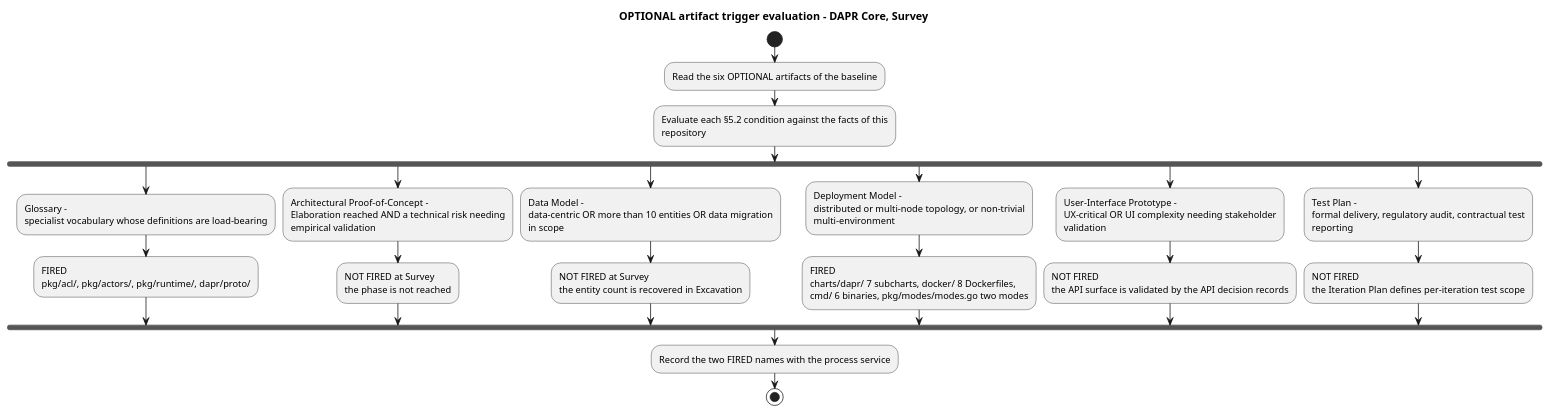
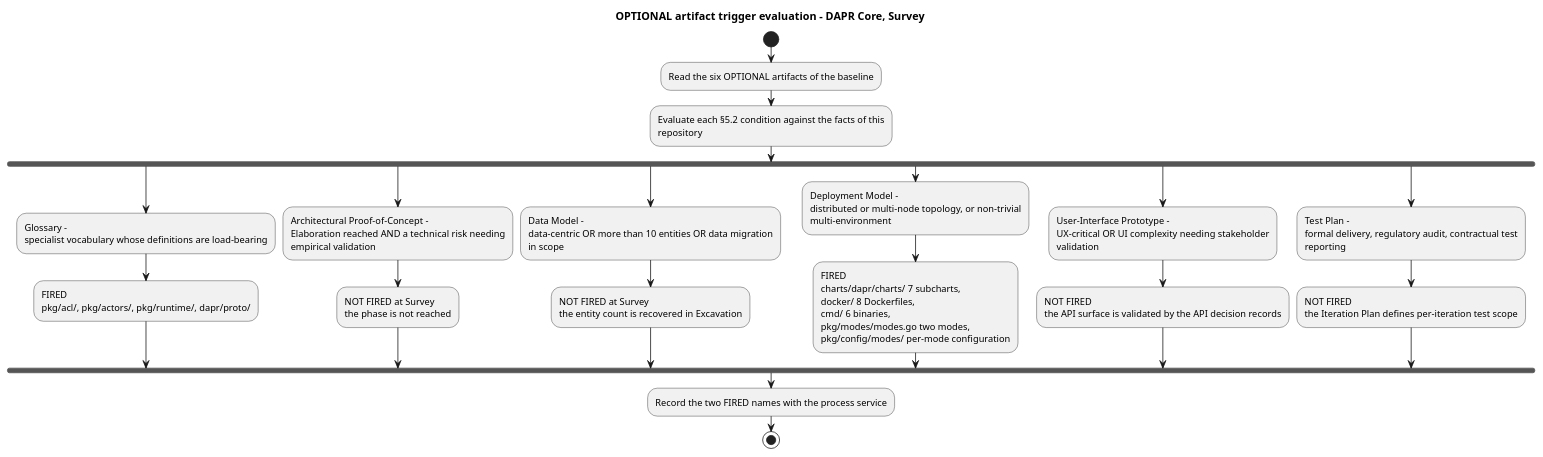
One commit to banense-test/dapr changed the third of 5 diagrams in docs/artifacts/environment/development-case.md. Above: the diagram before and after it, drawn with PlantUML. The commit also changed other lines of this file, not shown here.

````diff
--- a/docs/artifacts/environment/development-case.md
+++ b/docs/artifacts/environment/development-case.md
@@ -264,44 +268,47 @@
 ```plantuml
 @startuml
 title OPTIONAL artifact trigger evaluation - DAPR Core, Survey
 skinparam wrapWidth 320
 
 start
 :Read the six OPTIONAL artifacts of the baseline;
 :Evaluate each §5.2 condition against the facts of this repository;
 fork
   :Glossary -
   specialist vocabulary whose definitions are load-bearing;
   :FIRED
   pkg/acl/, pkg/actors/, pkg/runtime/, dapr/proto/;
 fork again
   :Architectural Proof-of-Concept -
   Elaboration reached AND a technical risk needing empirical validation;
   :NOT FIRED at Survey
   the phase is not reached;
 fork again
   :Data Model -
   data-centric OR more than 10 entities OR data migration in scope;
   :NOT FIRED at Survey
   the entity count is recovered in Excavation;
 fork again
   :Deployment Model -
   distributed or multi-node topology, or non-trivial multi-environment;
   :FIRED
-  charts/dapr/ 7 subcharts, docker/ 8 Dockerfiles,
-  cmd/ 6 binaries, pkg/modes/modes.go two modes;
+  charts/dapr/charts/ 7 subcharts,
+  docker/ 8 Dockerfiles,
+  cmd/ 6 binaries,
+  pkg/modes/modes.go two modes,
+  pkg/config/modes/ per-mode configuration;
 fork again
   :User-Interface Prototype -
   UX-critical OR UI complexity needing stakeholder validation;
   :NOT FIRED
   the API surface is validated by the API decision records;
 fork again
   :Test Plan -
   formal delivery, regulatory audit, contractual test reporting;
   :NOT FIRED
   the Iteration Plan defines per-iteration test scope;
 end fork
 :Record the two FIRED names with the process service;
 stop
 @enduml
 ```
````
